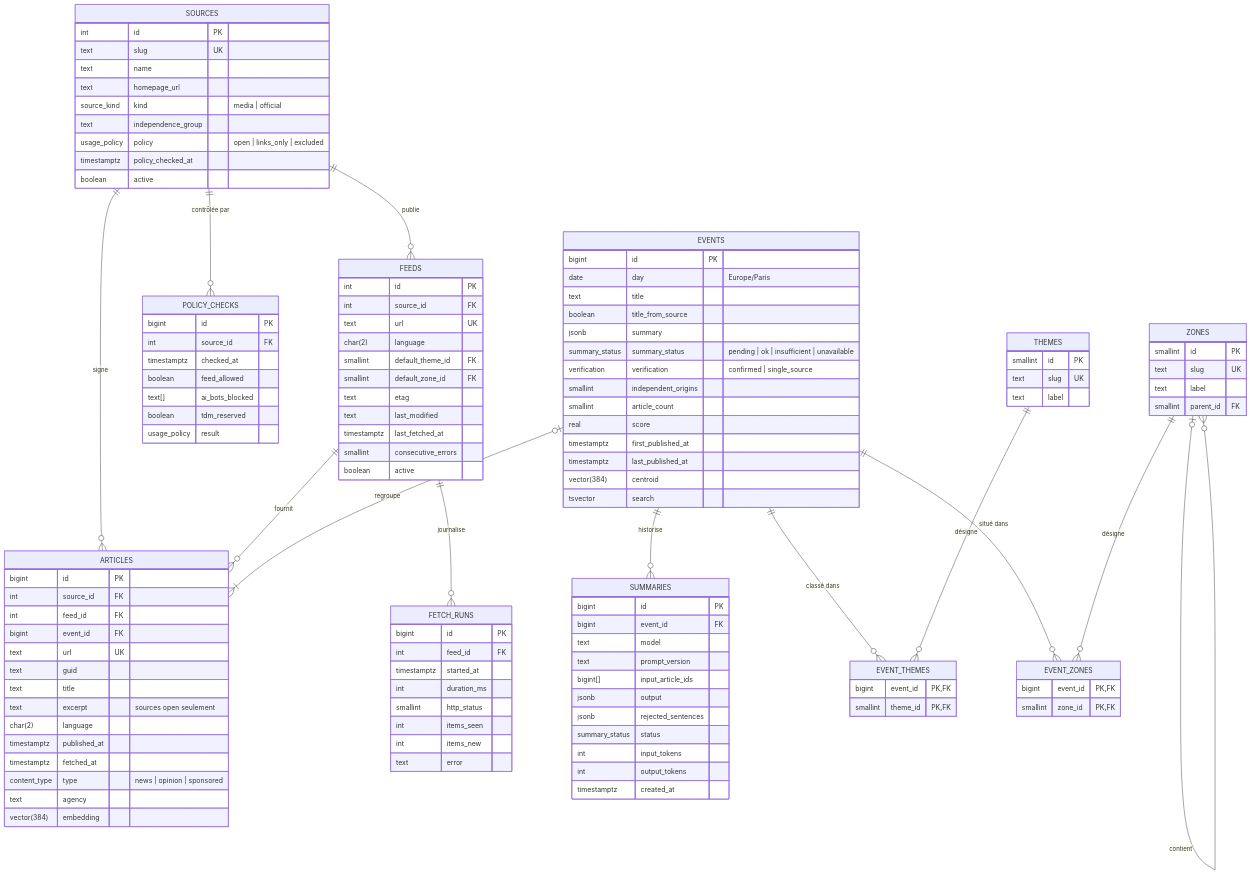
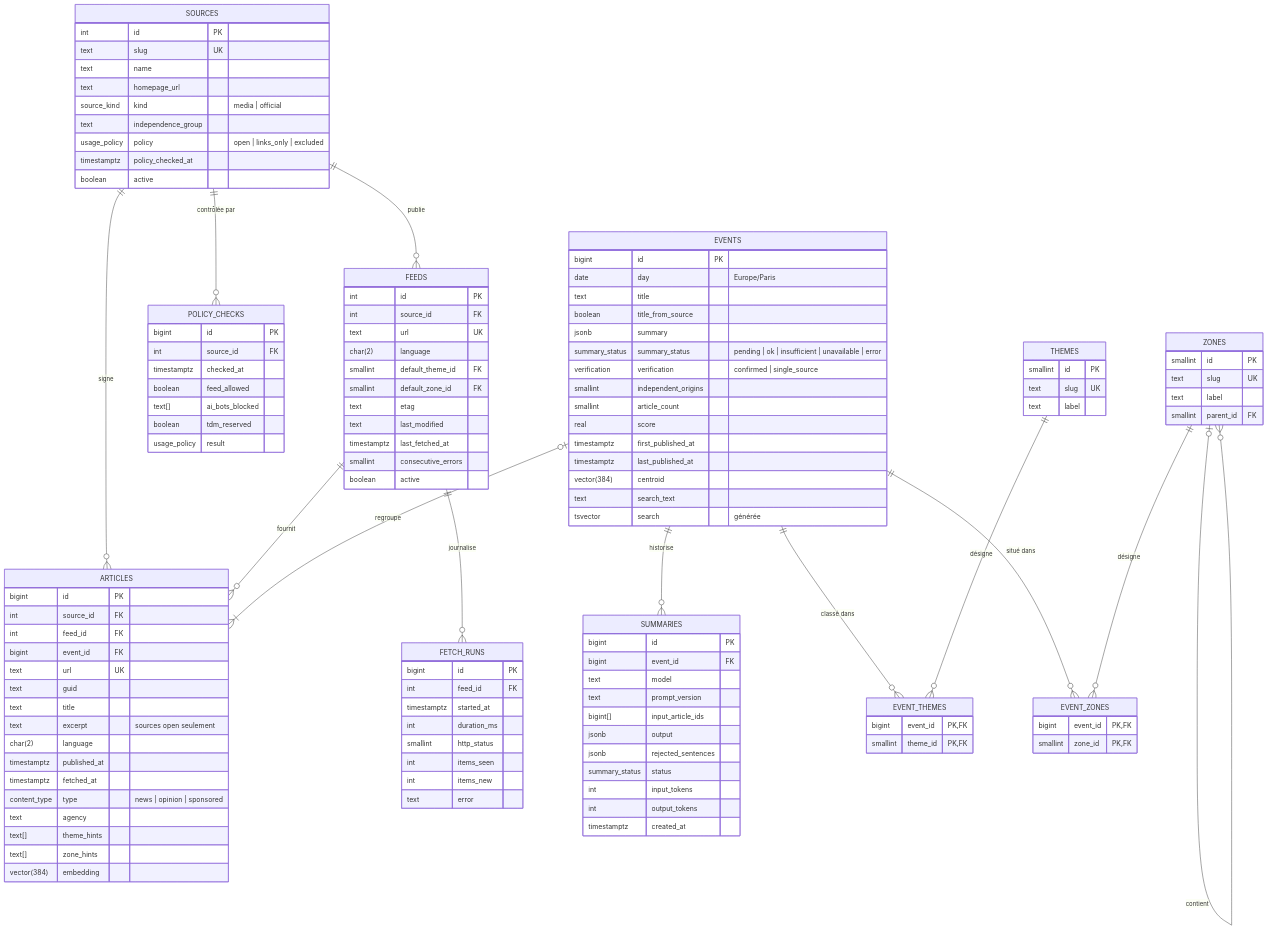
The diagram in docs/modele-donnees.md (TheoCelebi/sourcee), drawn with Mermaid before and after one commit. The commit also changed other lines of this file and 19 other files, not shown here.

```diff
--- a/docs/modele-donnees.md
+++ b/docs/modele-donnees.md
@@ -76,6 +76,8 @@
         timestamptz fetched_at
         content_type type "news | opinion | sponsored"
         text agency
+        text[] theme_hints
+        text[] zone_hints
         vector(384) embedding
     }
     EVENTS {
@@ -84,7 +86,7 @@
         text title
         boolean title_from_source
         jsonb summary
-        summary_status summary_status "pending | ok | insufficient | unavailable"
+        summary_status summary_status "pending | ok | insufficient | unavailable | error"
         verification verification "confirmed | single_source"
         smallint independent_origins
         smallint article_count
@@ -92,7 +94,8 @@
         timestamptz first_published_at
         timestamptz last_published_at
         vector(384) centroid
-        tsvector search
+        text search_text
+        tsvector search "générée"
     }
     SUMMARIES {
         bigint id PK
```
